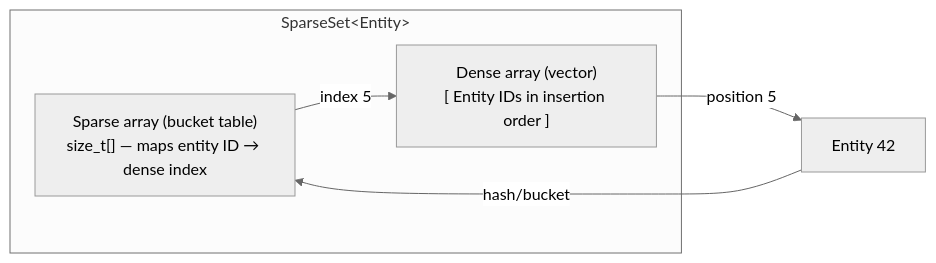
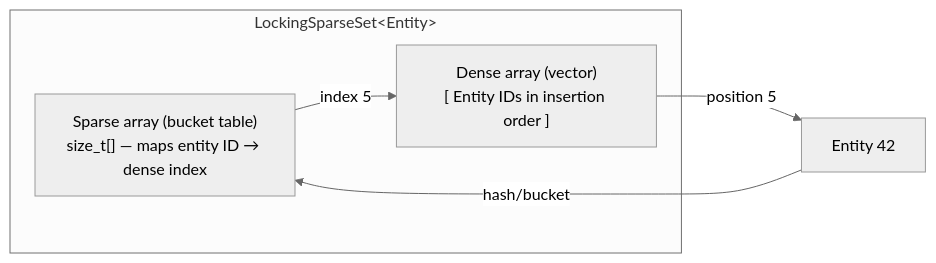
Before and after one commit to gilmar-sales/Freyr: the second of 4 diagrams in docs/concepts/memory-layout.md, drawn with Mermaid (neutral theme). The commit also changed other lines of this file and 14 other files, not shown here.

Commit message:
refactor(containers): separate locking and non-locking sparse set implementations

````diff
--- a/docs/concepts/memory-layout.md
+++ b/docs/concepts/memory-layout.md
@@ -73,12 +73,12 @@
 ```mermaid
 graph LR
-    subgraph SparseSet["SparseSet&lt;Entity&gt;"]
+    subgraph LockingSparseSet["LockingSparseSet&lt;Entity&gt;"]
         SPARSE["Sparse array (bucket table)<br/>size_t[] — maps entity ID → dense index"]
         DENSE["Dense array (vector)<br/>[ Entity IDs in insertion order ]"]
     end
 
     E1["Entity 42"] -->|hash/bucket| SPARSE
     SPARSE -->|index 5| DENSE
     DENSE -->|position 5| E1
 
 ```
````
